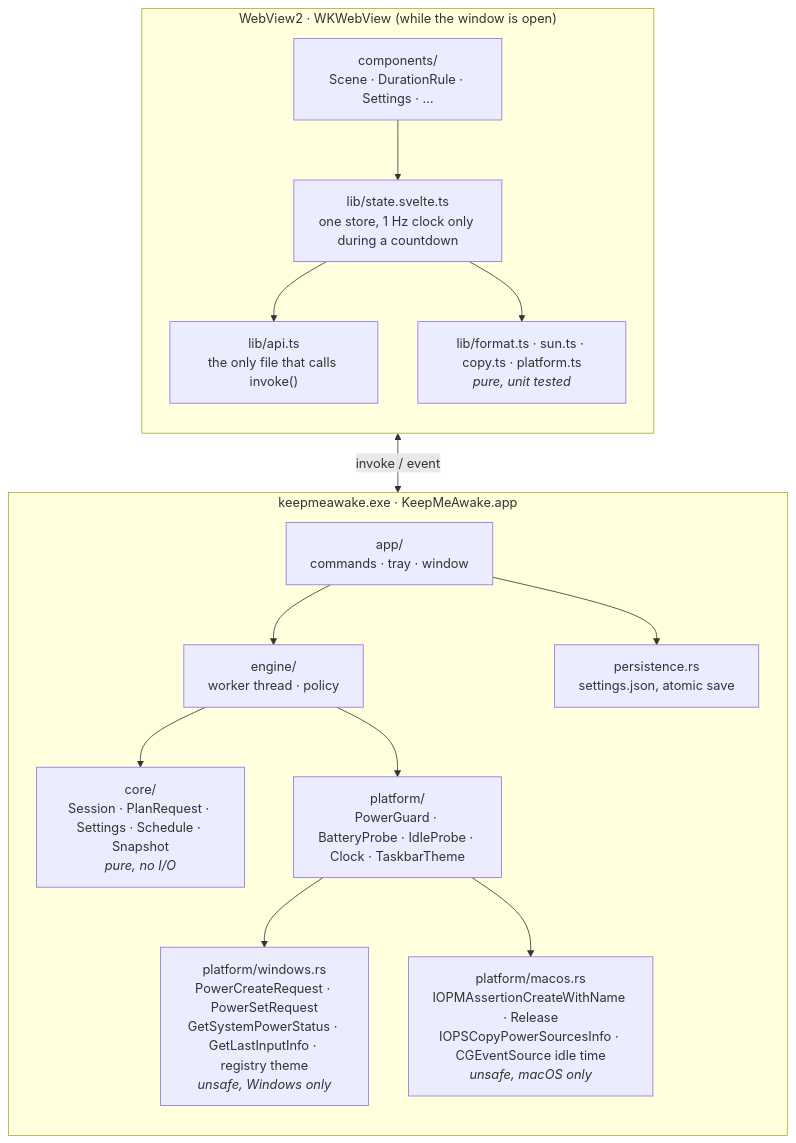
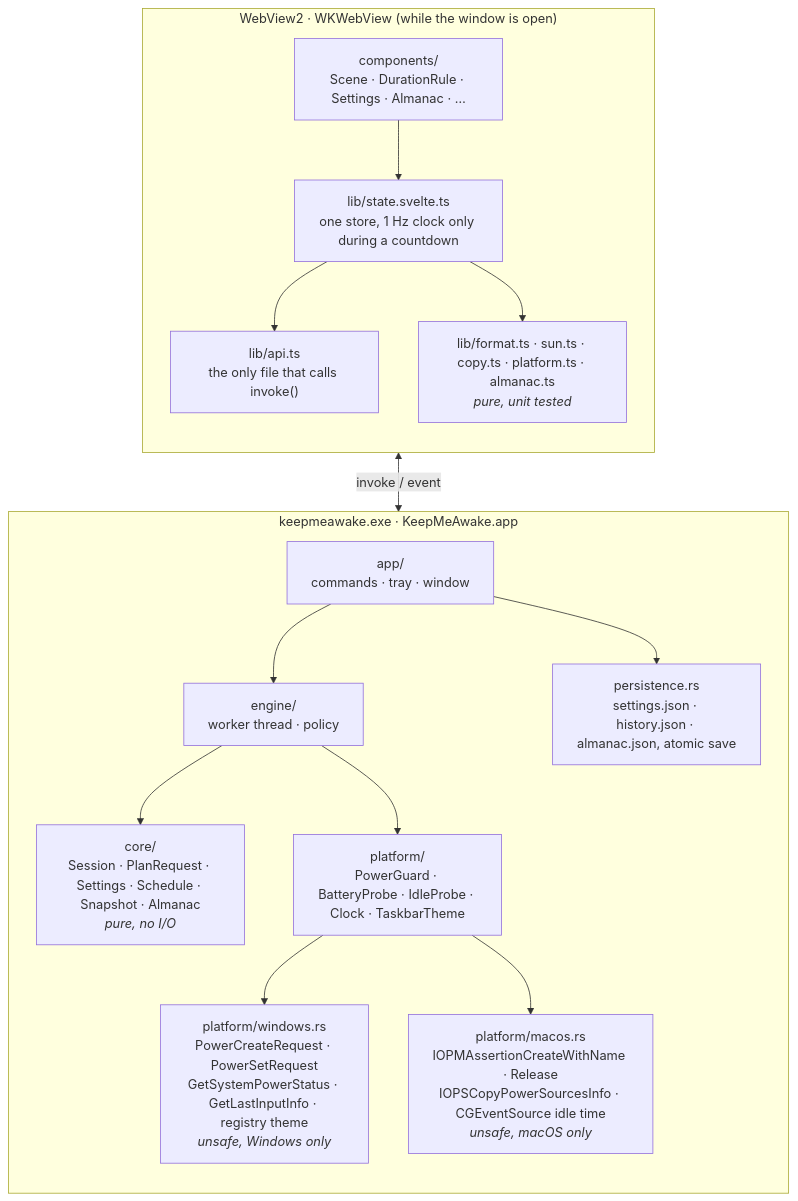
One commit to ax5hay/KeepMeAwake changed the first of 8 diagrams in docs/architecture.md. Above: the diagram before and after it, drawn with Mermaid. The commit also changed other lines of this file and 14 other files, not shown here.

First line of the commit message:
docs: the almanac in the guide, architecture and changelog

````diff
--- a/docs/architecture.md
+++ b/docs/architecture.md
@@ -10,27 +10,27 @@
 ```mermaid
 flowchart TB
     subgraph exe["keepmeawake.exe · KeepMeAwake.app"]
         direction TB
         app["app/<br/>commands · tray · window"]
         engine["engine/<br/>worker thread · policy"]
-        core["core/<br/>Session · PlanRequest · Settings · Schedule · Snapshot<br/><i>pure, no I/O</i>"]
+        core["core/<br/>Session · PlanRequest · Settings · Schedule · Snapshot · Almanac<br/><i>pure, no I/O</i>"]
         platform["platform/<br/>PowerGuard · BatteryProbe · IdleProbe · Clock · TaskbarTheme"]
         win["platform/windows.rs<br/>PowerCreateRequest · PowerSetRequest<br/>GetSystemPowerStatus · GetLastInputInfo · registry theme<br/><i>unsafe, Windows only</i>"]
         mac["platform/macos.rs<br/>IOPMAssertionCreateWithName · Release<br/>IOPSCopyPowerSourcesInfo · CGEventSource idle time<br/><i>unsafe, macOS only</i>"]
-        persist["persistence.rs<br/>settings.json, atomic save"]
+        persist["persistence.rs<br/>settings.json · history.json · almanac.json, atomic save"]
         app --> engine --> core
         engine --> platform --> win
         platform --> mac
         app --> persist
     end
     subgraph webview["WebView2 · WKWebView (while the window is open)"]
         direction TB
         api["lib/api.ts<br/>the only file that calls invoke()"]
         store["lib/state.svelte.ts<br/>one store, 1 Hz clock only during a countdown"]
-        pure["lib/format.ts · sun.ts · copy.ts · platform.ts<br/><i>pure, unit tested</i>"]
-        ui["components/<br/>Scene · DurationRule · Settings · …"]
+        pure["lib/format.ts · sun.ts · copy.ts · platform.ts · almanac.ts<br/><i>pure, unit tested</i>"]
+        ui["components/<br/>Scene · DurationRule · Settings · Almanac · …"]
         ui --> store --> api
         store --> pure
     end
     api <-->|"invoke / event"| app
 ```
````
